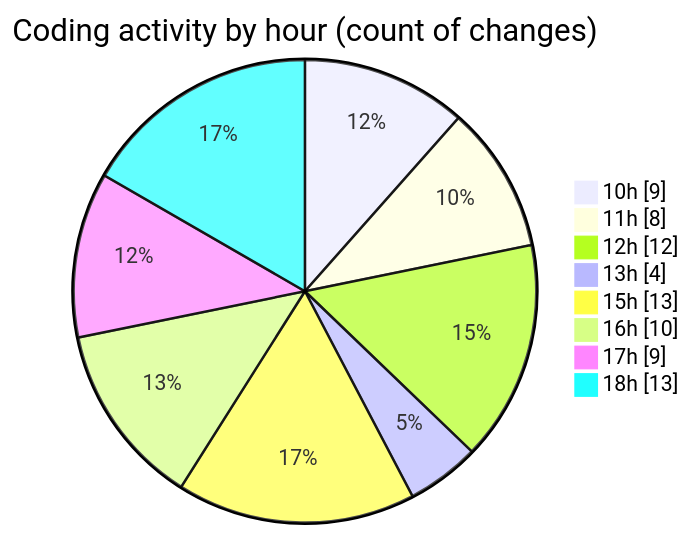
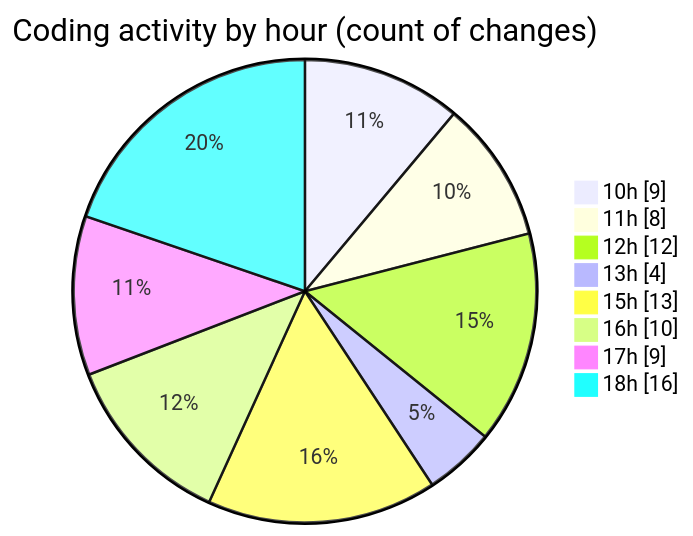
One commit to nxtqubesakshisongat/code-tracking changed the second of 2 diagrams in 2026-04-16/airfeed-analytics-dashboard/README.md. Above: the diagram before and after it, drawn with Mermaid. The commit also changed other lines of this file and 1 other file, not shown here.

````diff
--- a/2026-04-16/airfeed-analytics-dashboard/README.md
+++ b/2026-04-16/airfeed-analytics-dashboard/README.md
@@ -42,12 +43,12 @@
 ```mermaid
 pie showData
 title Coding activity by hour (count of changes)
 "10h" : 9
 "11h" : 8
 "12h" : 12
 "13h" : 4
 "15h" : 13
 "16h" : 10
 "17h" : 9
-"18h" : 13
+"18h" : 16
 ```
````
